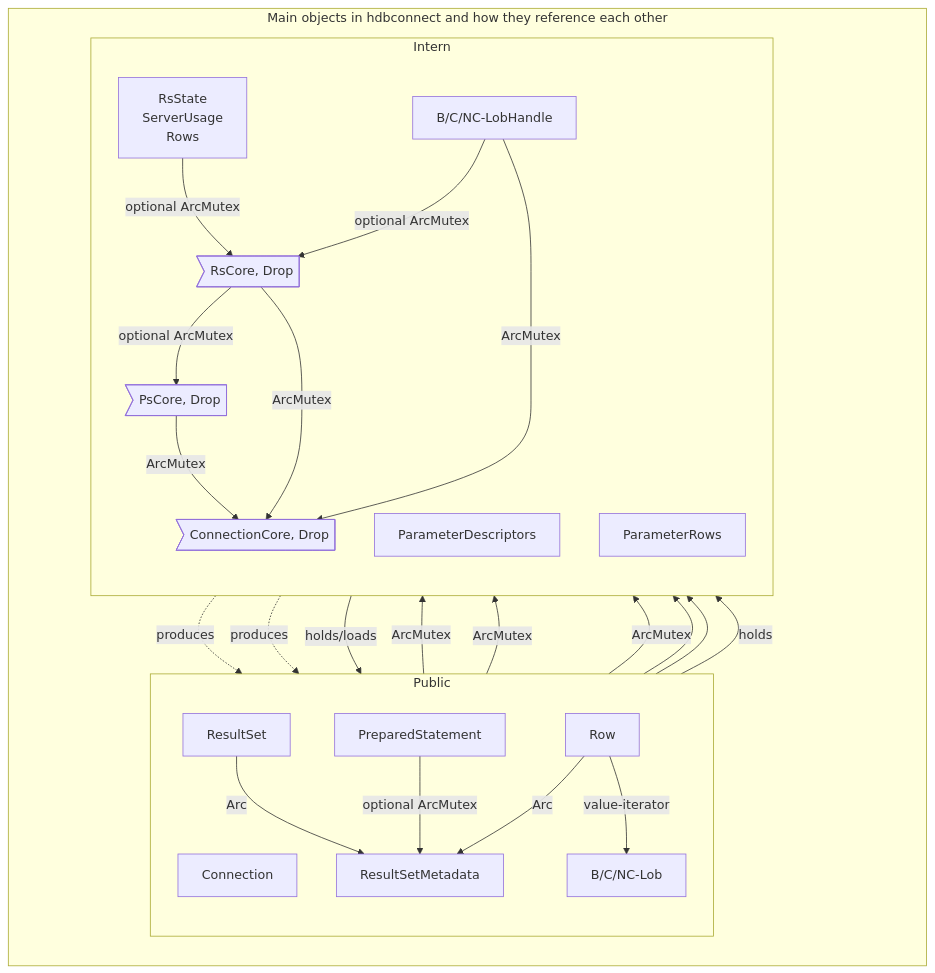
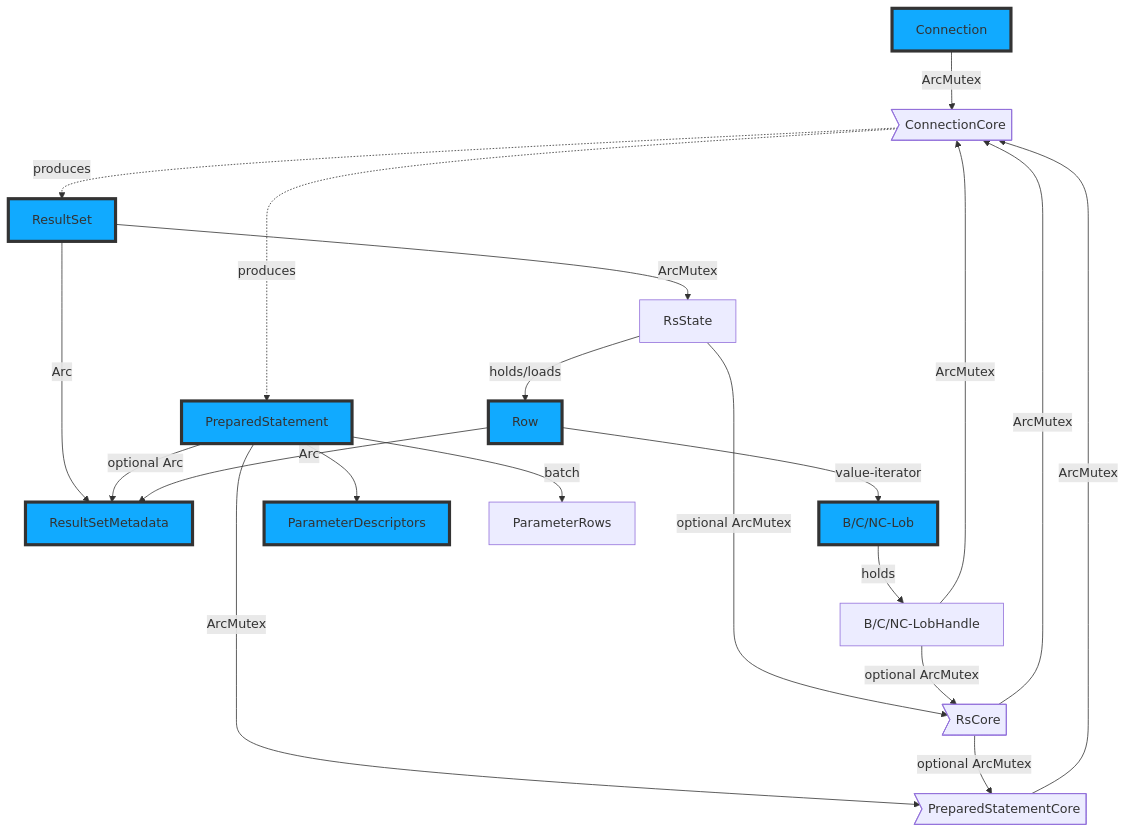
The first of 2 diagrams in doc/References.md (emabee/rust-hdbconnect), drawn with Mermaid before and after one commit. The commit also changed other lines of this file and 2 other files, not shown here.

````diff
--- a/doc/References.md
+++ b/doc/References.md
@@ -3,53 +3,45 @@
 ```mermaid
 
     flowchart
 
-    subgraph All[Main objects in hdbconnect and how they reference each other]
-        direction TB
+        Connection
+        ConnectionCore>ConnectionCore]
 
-        Public
-        Intern
-    end
+        PreparedStatement
 
-    subgraph Public
-        direction TB
-
-        Connection
         ResultSet
         ResultSetMetadata
+        RsState[RsState]
         Row
-        PreparedStatement
         Lob[B/C/NC-Lob]
-    end
+        RsCore>RsCore]
 
-    subgraph Intern
-        direction TB
-        RsState[RsState\nServerUsage\nRows]
-        PsCore>PsCore, Drop]
-        ConnectionCore>ConnectionCore, Drop]
-        RsCore>RsCore, Drop]
         LobHandle[B/C/NC-LobHandle]
-        ParameterDescriptors
-        ParameterRows
-    end
 
-    PsCore -- ArcMutex --> ConnectionCore
+            ParameterDescriptors
+            ParameterRows
+            PreparedStatementCore>PreparedStatementCore]
+
+    PreparedStatementCore -- ArcMutex --> ConnectionCore
     Connection -- ArcMutex --> ConnectionCore
     ConnectionCore -. produces .->  PreparedStatement
     ConnectionCore -. produces .->  ResultSet
     ResultSet -- ArcMutex --> RsState
     ResultSet -- Arc --> ResultSetMetadata
-    PreparedStatement -- ArcMutex --> PsCore
-    PreparedStatement -- optional ArcMutex --> ResultSetMetadata
+    PreparedStatement -- ArcMutex --> PreparedStatementCore
+    PreparedStatement -- optional Arc --> ResultSetMetadata
     PreparedStatement --> ParameterDescriptors
-    PreparedStatement --> ParameterRows
+    PreparedStatement -- batch--> ParameterRows
     Row -- Arc --> ResultSetMetadata
     RsState -- holds/loads --> Row
     RsState -- optional ArcMutex --> RsCore
     RsCore -- ArcMutex --> ConnectionCore
-    RsCore -- optional ArcMutex --> PsCore
+    RsCore -- optional ArcMutex --> PreparedStatementCore
     Row -- value-iterator --> Lob
     Lob -- holds --> LobHandle
     LobHandle -- ArcMutex --> ConnectionCore
     LobHandle -- optional ArcMutex --> RsCore
+
+classDef Public fill:#1af,stroke:#333,stroke-width:4px;
+class Connection,ResultSet,Row,ResultSetMetadata,PreparedStatement,ParameterDescriptors,Lob Public;
 ```
````
